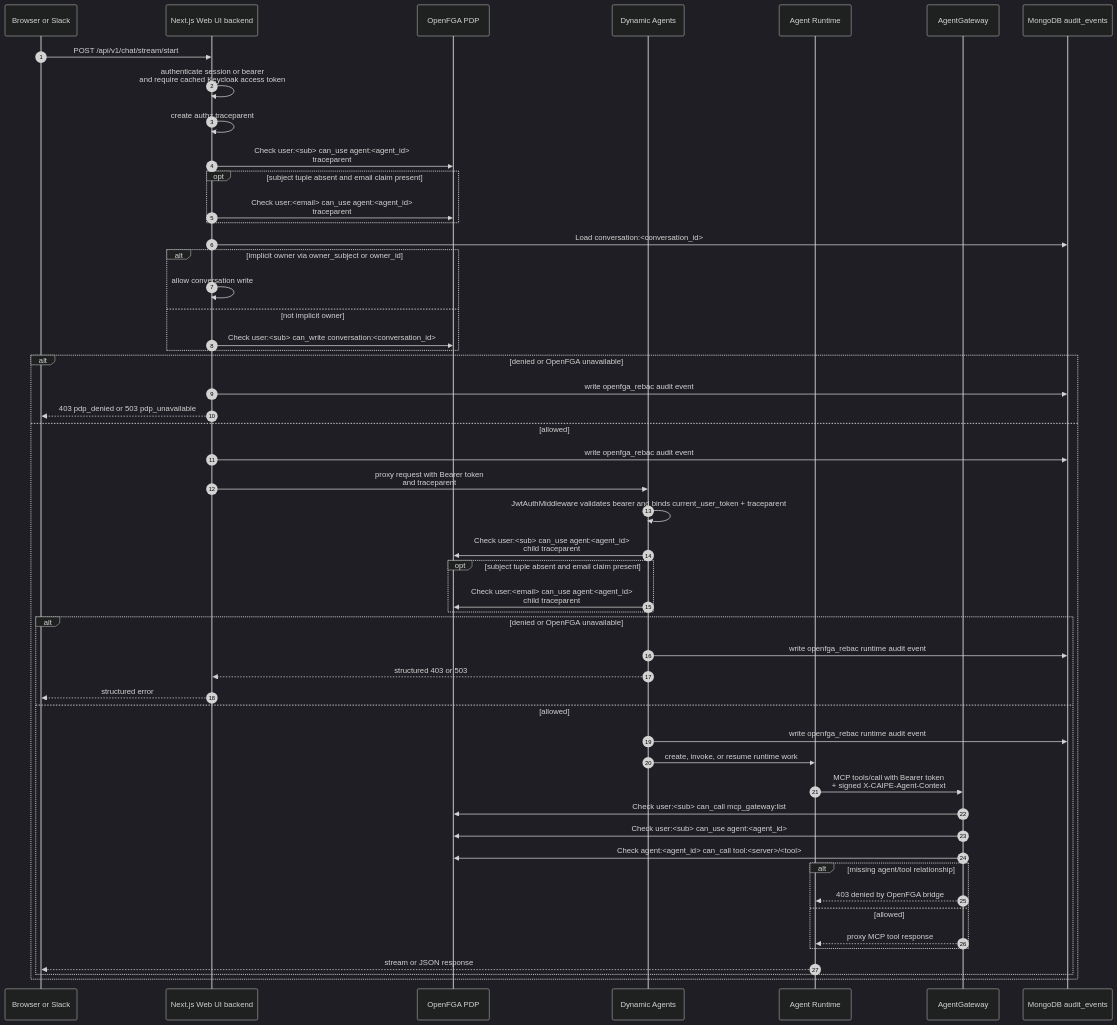
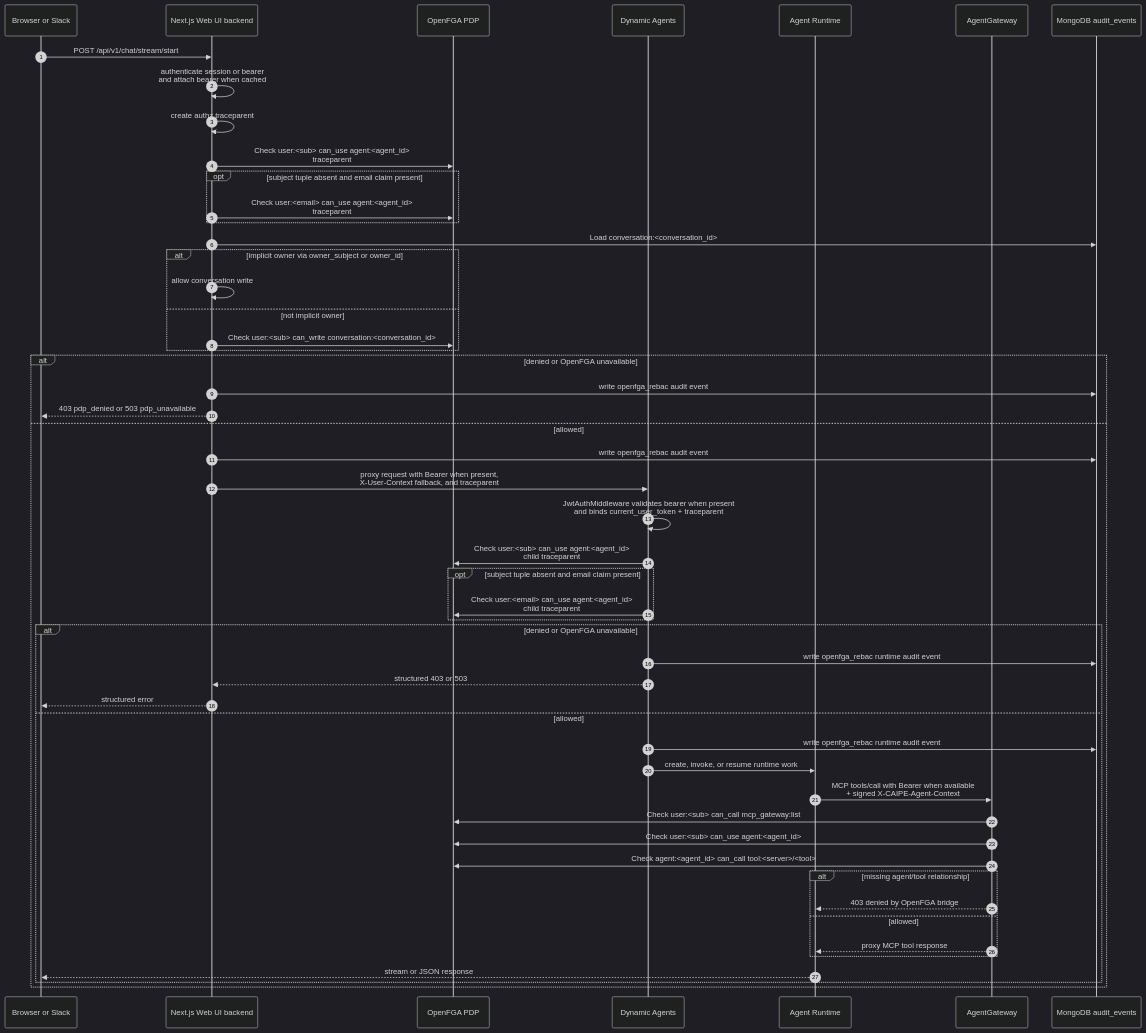
The second of 12 diagrams in docs/docs/security/rbac/workflows.md (cnoe-io/ai-platform-engineering), drawn with Mermaid (dark theme) before and after one commit. The commit also changed other lines of this file and 4 other files, not shown here.

````diff
--- a/docs/docs/security/rbac/workflows.md
+++ b/docs/docs/security/rbac/workflows.md
@@ -139,55 +139,55 @@
 ```mermaid
 sequenceDiagram
     autonumber
     participant Client as Browser or Slack
     participant WebUIBackend as Next.js Web UI backend
     participant FGA as OpenFGA PDP
     participant DA as Dynamic Agents
     participant Runtime as Agent Runtime
     participant AG as AgentGateway
     participant MDB as MongoDB audit_events
 
     Client->>WebUIBackend: POST /api/v1/chat/stream/start
-    WebUIBackend->>WebUIBackend: authenticate session or bearer<br/>and require cached Keycloak access token
+    WebUIBackend->>WebUIBackend: authenticate session or bearer<br/>and attach bearer when cached
     WebUIBackend->>WebUIBackend: create authz traceparent
     WebUIBackend->>FGA: Check user:<sub> can_use agent:<agent_id><br/>traceparent
     opt subject tuple absent and email claim present
         WebUIBackend->>FGA: Check user:<email> can_use agent:<agent_id><br/>traceparent
     end
     WebUIBackend->>MDB: Load conversation:<conversation_id>
     alt implicit owner via owner_subject or owner_id
         WebUIBackend->>WebUIBackend: allow conversation write
     else not implicit owner
         WebUIBackend->>FGA: Check user:<sub> can_write conversation:<conversation_id>
     end
     alt denied or OpenFGA unavailable
         WebUIBackend->>MDB: write openfga_rebac audit event
         WebUIBackend-->>Client: 403 pdp_denied or 503 pdp_unavailable
     else allowed
         WebUIBackend->>MDB: write openfga_rebac audit event
-        WebUIBackend->>DA: proxy request with Bearer token<br/>and traceparent
-        DA->>DA: JwtAuthMiddleware validates bearer and binds current_user_token + traceparent
+        WebUIBackend->>DA: proxy request with Bearer when present,<br/>X-User-Context fallback, and traceparent
+        DA->>DA: JwtAuthMiddleware validates bearer when present<br/>and binds current_user_token + traceparent
         DA->>FGA: Check user:<sub> can_use agent:<agent_id><br/>child traceparent
         opt subject tuple absent and email claim present
             DA->>FGA: Check user:<email> can_use agent:<agent_id><br/>child traceparent
         end
         alt denied or OpenFGA unavailable
             DA->>MDB: write openfga_rebac runtime audit event
             DA-->>WebUIBackend: structured 403 or 503
             WebUIBackend-->>Client: structured error
         else allowed
             DA->>MDB: write openfga_rebac runtime audit event
             DA->>Runtime: create, invoke, or resume runtime work
-            Runtime->>AG: MCP tools/call with Bearer token<br/>+ signed X-CAIPE-Agent-Context
+            Runtime->>AG: MCP tools/call with Bearer when available<br/>+ signed X-CAIPE-Agent-Context
             AG->>FGA: Check user:<sub> can_call mcp_gateway:list
             AG->>FGA: Check user:<sub> can_use agent:<agent_id>
             AG->>FGA: Check agent:<agent_id> can_call tool:<server>/<tool>
             alt missing agent/tool relationship
                 AG-->>Runtime: 403 denied by OpenFGA bridge
             else allowed
                 AG-->>Runtime: proxy MCP tool response
             end
             Runtime-->>Client: stream or JSON response
         end
     end
 ```
````
